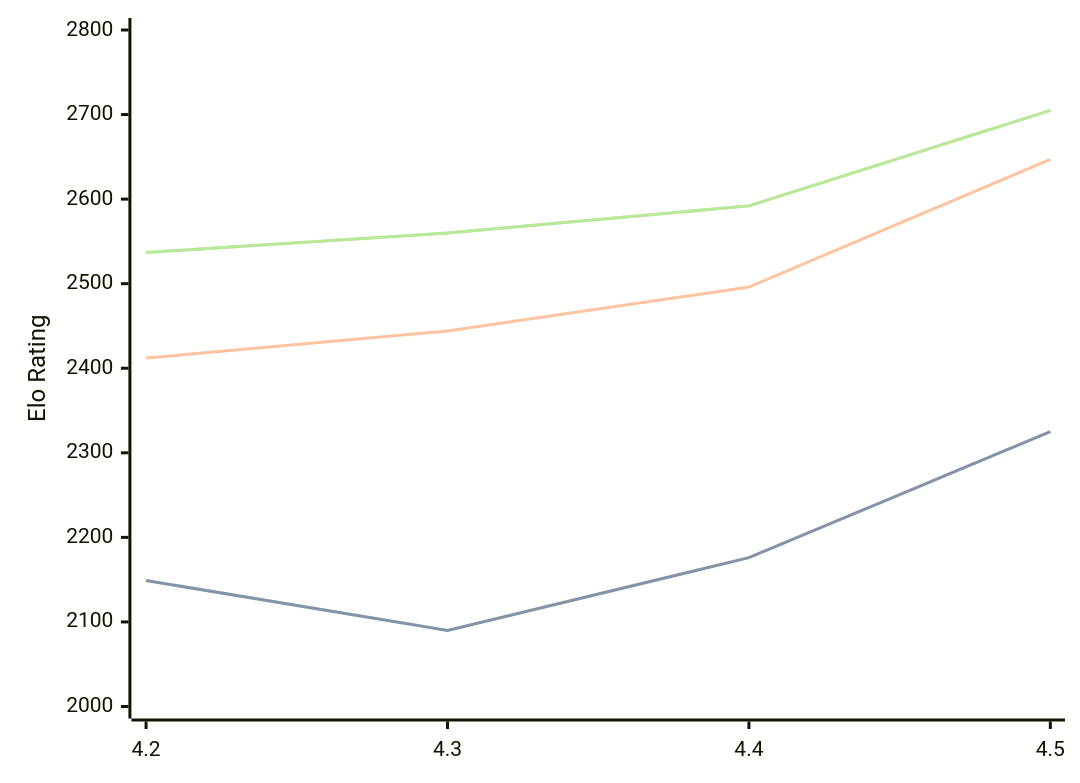
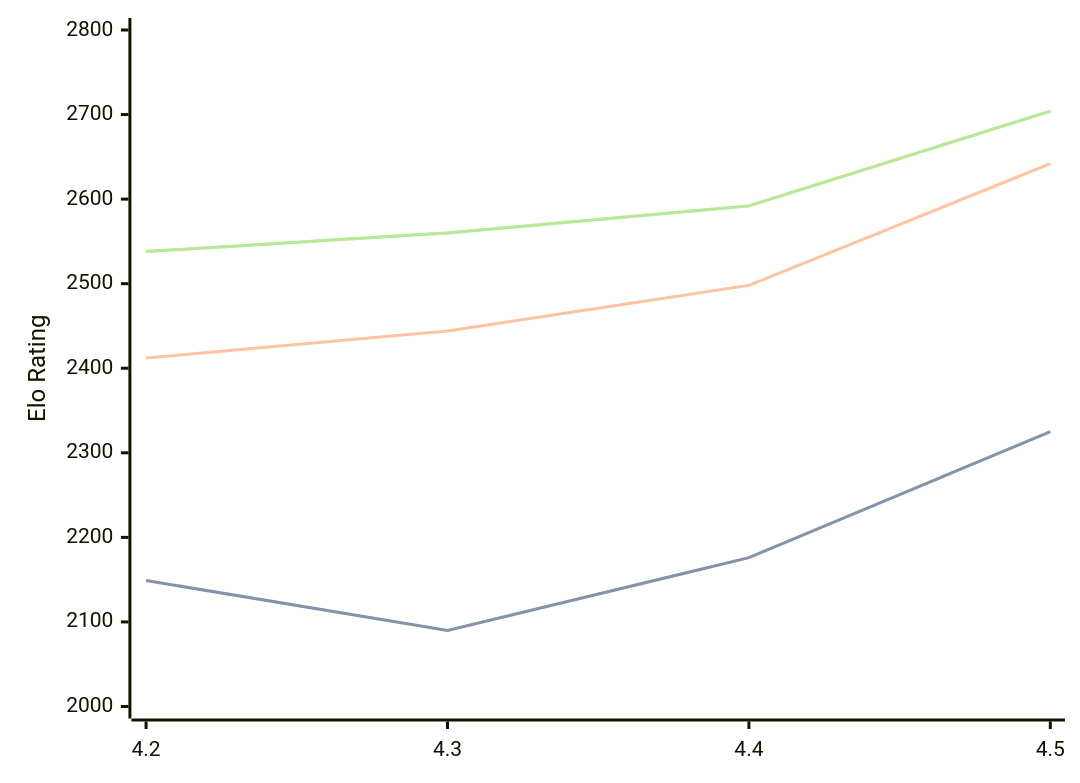
One commit to computer-chess-index/cci changed the first of 3 diagrams in engines/Eubos.md. Above: the diagram before and after it, drawn with Mermaid. The commit also changed other lines of this file, not shown here.

Commit message:
Update CCI Ratings (ELO VLTC) - 2026-07-02

````diff
--- a/engines/Eubos.md
+++ b/engines/Eubos.md
@@ -90,11 +90,11 @@
 ```mermaid
 %%{init: {"theme":"base","themeVariables":{"seriesColors:['#a3a3a3','#222221','#faa371']}}}%%
 xychart-beta
   x-axis ["4.2", "4.3", "4.4", "4.5"]
   y-axis "Elo Rating" 2000 --> 2800
   line "STC (8.0+0.08s)" [2149, 2090, 2176, 2325]
   line "STC (8.0+0.08s)" [2149, 2090, 2176, 2325]
-  line "LTC (60.0+0.60s)" [2412, 2444, 2496, 2647]
-  line "VLTC (2m24s+1.12s)" [2537, 2560, 2592, 2705]
-  line "VLTC (2m24s+1.12s)" [2537, 2560, 2592, 2705]
+  line "LTC (60.0+0.60s)" [2412, 2444, 2498, 2642]
+  line "VLTC (2m24s+1.12s)" [2538, 2560, 2592, 2704]
+  line "VLTC (2m24s+1.12s)" [2538, 2560, 2592, 2704]
 ```
````
